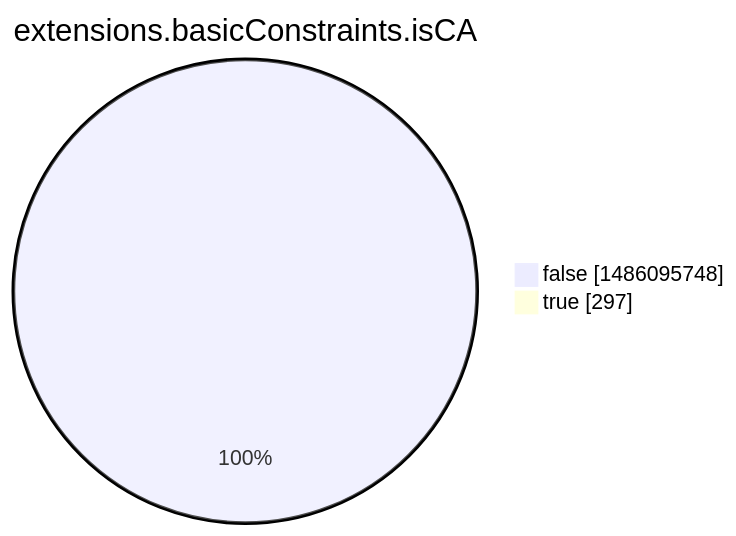
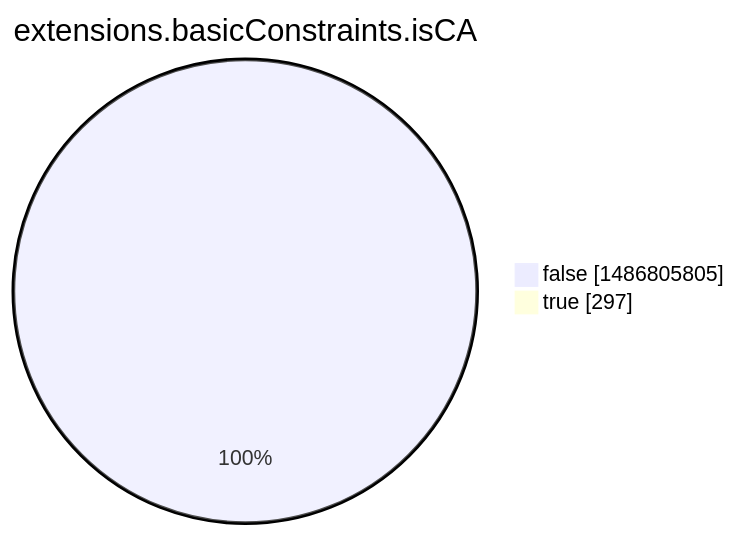
One commit to christiankrug/ctmonitor_visualization changed the eighth of 15 diagrams in argon2022/README.md. Above: the diagram before and after it, drawn with Mermaid. The commit also changed other lines of this file, not shown here.

````diff
--- a/argon2022/README.md
+++ b/argon2022/README.md
@@ -2760,6 +2760,6 @@
 ```mermaid
 pie showData
 title extensions.basicConstraints.isCA
-"false" :1486095748
+"false" :1486805805
 "true" :297
 ```
````
